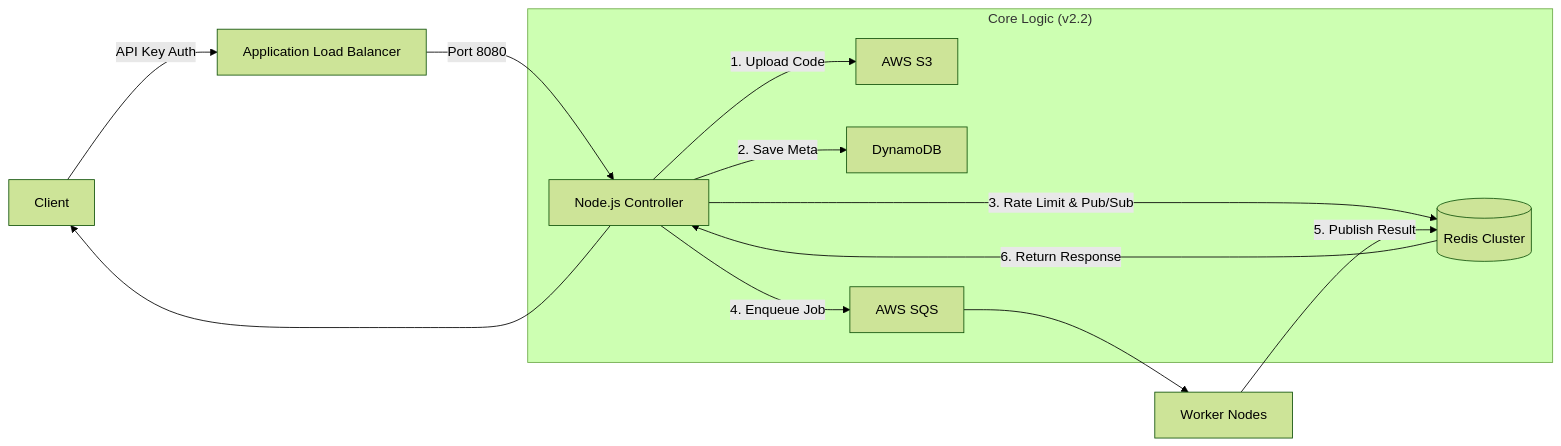
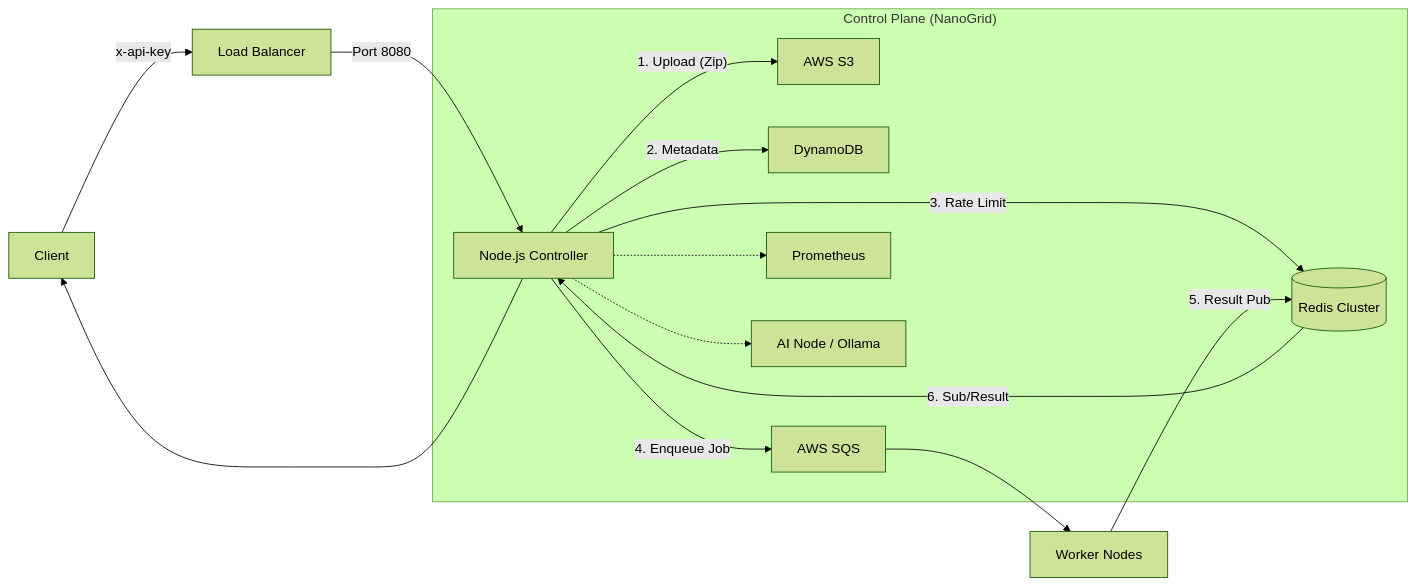
The diagram in README.md (sangmu1126/FaaS-Platform), drawn with Mermaid (forest theme) before and after one commit. The commit also changed other lines of this file, not shown here.

````diff
--- a/README.md
+++ b/README.md
@@ -9,17 +13,20 @@
 ```mermaid
 graph LR
-    User[Client] -- API Key Auth --> ALB[Application Load Balancer]
+    User[Client] -- "x-api-key" --> ALB[Load Balancer]
     ALB -- Port 8080 --> Controller[Node.js Controller]
-
-    subgraph "Core Logic (v2.2)"
-    Controller -- 1. Upload Code --> S3[AWS S3]
-    Controller -- 2. Save Meta --> DDB[DynamoDB]
-    Controller -- 3. Rate Limit & Pub/Sub --> Redis[(Redis Cluster)]
-    Controller -- 4. Enqueue Job --> SQS[AWS SQS]
+    
+    subgraph "Control Plane (NanoGrid)"
+    Controller -- "1. Upload (Zip)" --> S3[AWS S3]
+    Controller -- "2. Metadata" --> DDB[DynamoDB]
+    Controller -- "3. Rate Limit" --> Redis[(Redis Cluster)]
+    Controller -- "4. Enqueue Job" --> SQS[AWS SQS]
+    
+    Controller -.-> Prom[Prometheus]
+    Controller -.-> AINode[AI Node / Ollama]
     end
 
     SQS --> Worker[Worker Nodes]
-    Worker -- 5. Publish Result --> Redis
-    Redis -- 6. Return Response --> Controller
+    Worker -- "5. Result Pub" --> Redis
+    Redis -- "6. Sub/Result" --> Controller
     Controller --> User
 ```
````
